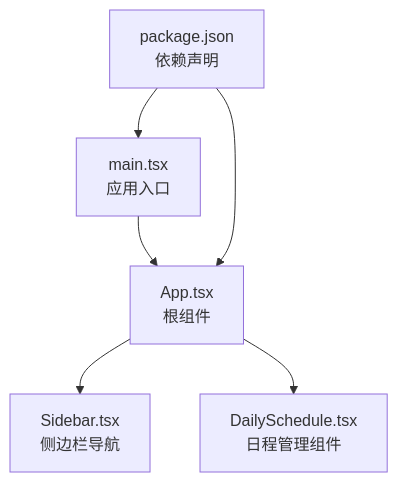
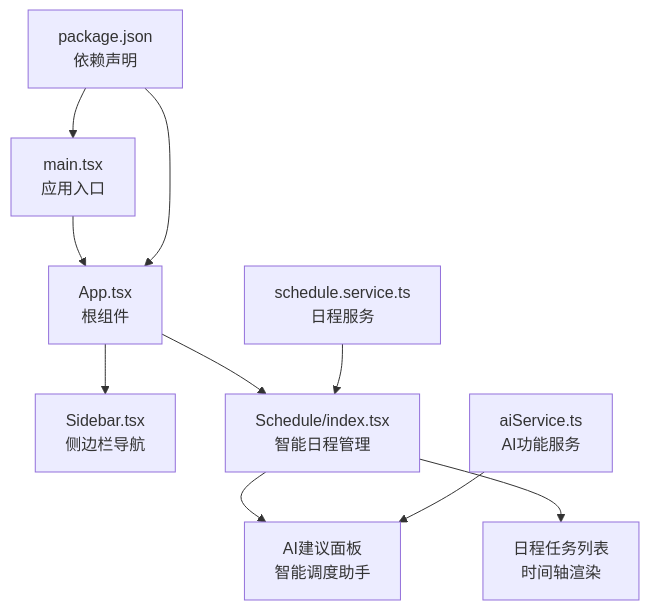
One commit to xianjianshenqu/SalesFlow-CRM changed the first of 8 diagrams in .qoder/repowiki/zh/content/核心组件/日程管理组件 (DailySchedule).md. Above: the diagram before and after it, drawn with Mermaid. The commit also changed other lines of this file and 15 other files, not shown here.

````diff
--- a/.qoder/repowiki/zh/content/核心组件/日程管理组件 (DailySchedule).md
+++ b/.qoder/repowiki/zh/content/核心组件/日程管理组件 (DailySchedule).md
@@ -30,8 +44,12 @@
 ```mermaid
 graph TB
 A["main.tsx<br/>应用入口"] --> B["App.tsx<br/>根组件"]
 B --> C["Sidebar.tsx<br/>侧边栏导航"]
-B --> D["DailySchedule.tsx<br/>日程管理组件"]
-E["package.json<br/>依赖声明"] --> A
-E --> B
+B --> D["Schedule/index.tsx<br/>智能日程管理"]
+D --> E["AI建议面板<br/>智能调度助手"]
+D --> F["日程任务列表<br/>时间轴渲染"]
+G["aiService.ts<br/>AI功能服务"] --> E
+H["schedule.service.ts<br/>日程服务"] --> D
+I["package.json<br/>依赖声明"] --> A
+I --> B
 ```
````
